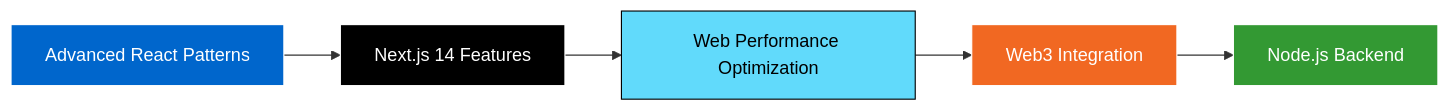
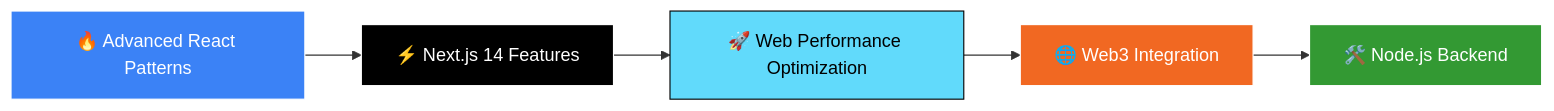
One commit to cjjutba/cjjutba changed the diagram in README.md. Above: the diagram before and after it, drawn with Mermaid. The commit also changed other lines of this file, not shown here.

````diff
--- a/README.md
+++ b/README.md
@@ -154,13 +160,13 @@
 ```mermaid
 graph LR
-    A[Advanced React Patterns] --> B[Next.js 14 Features]
-    B --> C[Web Performance Optimization]
-    C --> D[Web3 Integration]
-    D --> E[Node.js Backend]
+    A[🔥 Advanced React Patterns] --> B[⚡ Next.js 14 Features]
+    B --> C[🚀 Web Performance Optimization]
+    C --> D[🌐 Web3 Integration]
+    D --> E[🛠️ Node.js Backend]
     
-    style A fill:#0066CC,stroke:#ffffff,color:#ffffff
+    style A fill:#3b82f6,stroke:#ffffff,color:#ffffff
     style B fill:#000000,stroke:#ffffff,color:#ffffff
     style C fill:#61DAFB,stroke:#000000,color:#000000
     style D fill:#F16822,stroke:#ffffff,color:#ffffff
     style E fill:#339933,stroke:#ffffff,color:#ffffff
 ```
````
